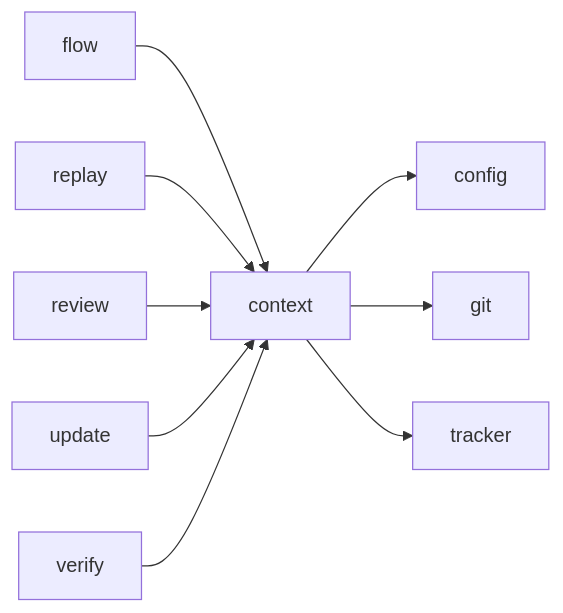
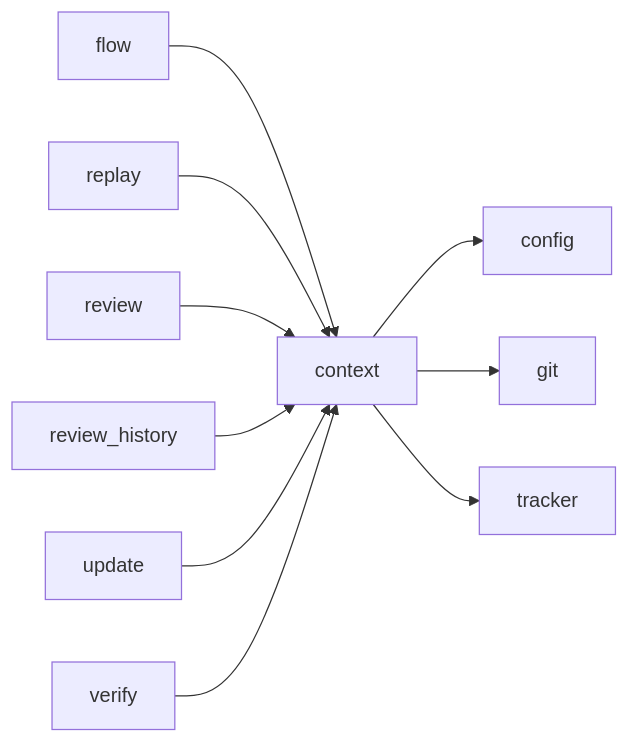
One commit to plaplanche/ariane changed the third of 3 diagrams in docs/architecture/modules/context.md. Above: the diagram before and after it, drawn with Mermaid. The commit also changed other lines of this file and 30 other files, not shown here.

````diff
--- a/docs/architecture/modules/context.md
+++ b/docs/architecture/modules/context.md
@@ -80,11 +81,12 @@
 ```mermaid
 flowchart LR
   context --> config
   context --> git
   context --> tracker
   flow --> context
   replay --> context
   review --> context
+  review_history --> context
   update --> context
   verify --> context
 ```
````
